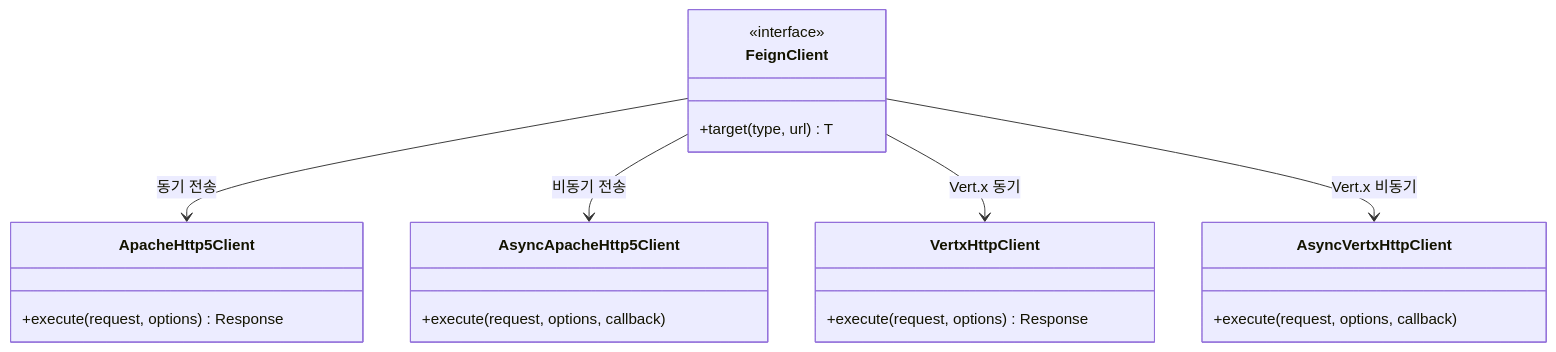
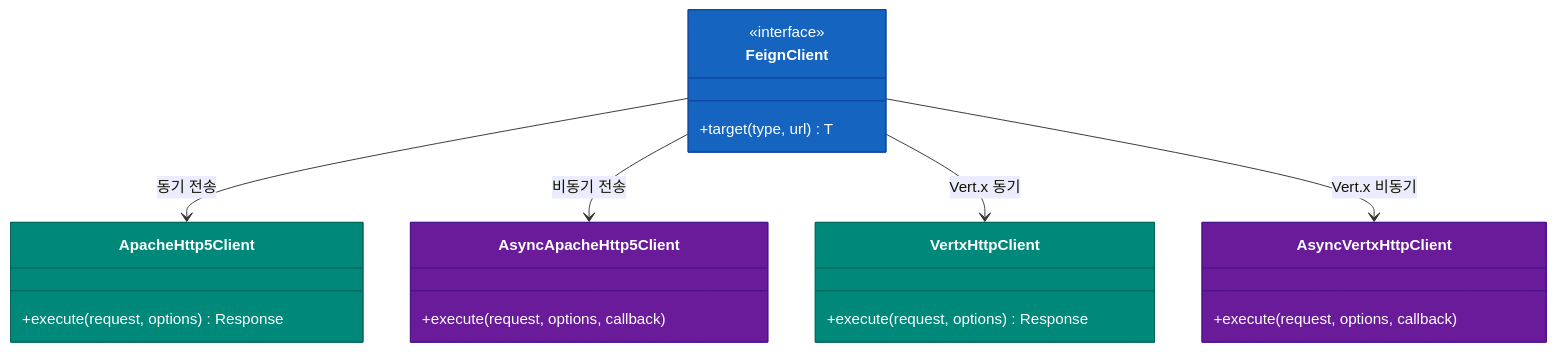
The third of 4 diagrams in io/feign/README.ko.md (bluetape4k/bluetape4k-projects), drawn with Mermaid before and after one commit. The commit also changed other lines of this file and 221 other files, not shown here.

First line of the commit message:
docs: 전체 모듈 README UML 다이어그램 보강 및 색상 업그레이드

````diff
--- a/io/feign/README.ko.md
+++ b/io/feign/README.ko.md
@@ -116,24 +138,30 @@
 ```mermaid
 classDiagram
     class FeignClient {
         <<interface>>
         +target(type, url) T
     }
     class ApacheHttp5Client {
         +execute(request, options) Response
     }
     class AsyncApacheHttp5Client {
         +execute(request, options, callback)
     }
     class VertxHttpClient {
         +execute(request, options) Response
     }
     class AsyncVertxHttpClient {
         +execute(request, options, callback)
     }
 
     FeignClient --> ApacheHttp5Client : 동기 전송
     FeignClient --> AsyncApacheHttp5Client : 비동기 전송
     FeignClient --> VertxHttpClient : Vert.x 동기
     FeignClient --> AsyncVertxHttpClient : Vert.x 비동기
+
+    style FeignClient fill:#1565C0,stroke:#0D47A1,color:#FFFFFF
+    style ApacheHttp5Client fill:#00897B,stroke:#00695C,color:#FFFFFF
+    style AsyncApacheHttp5Client fill:#6A1B9A,stroke:#4A148C,color:#FFFFFF
+    style VertxHttpClient fill:#00897B,stroke:#00695C,color:#FFFFFF
+    style AsyncVertxHttpClient fill:#6A1B9A,stroke:#4A148C,color:#FFFFFF
 ```
````
